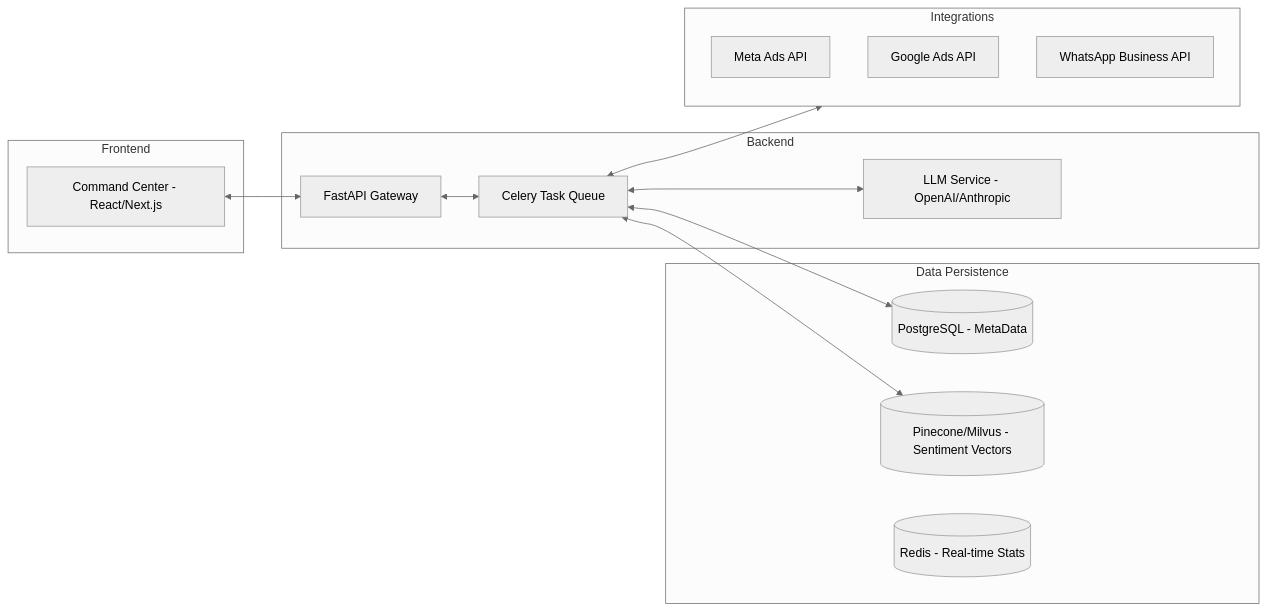
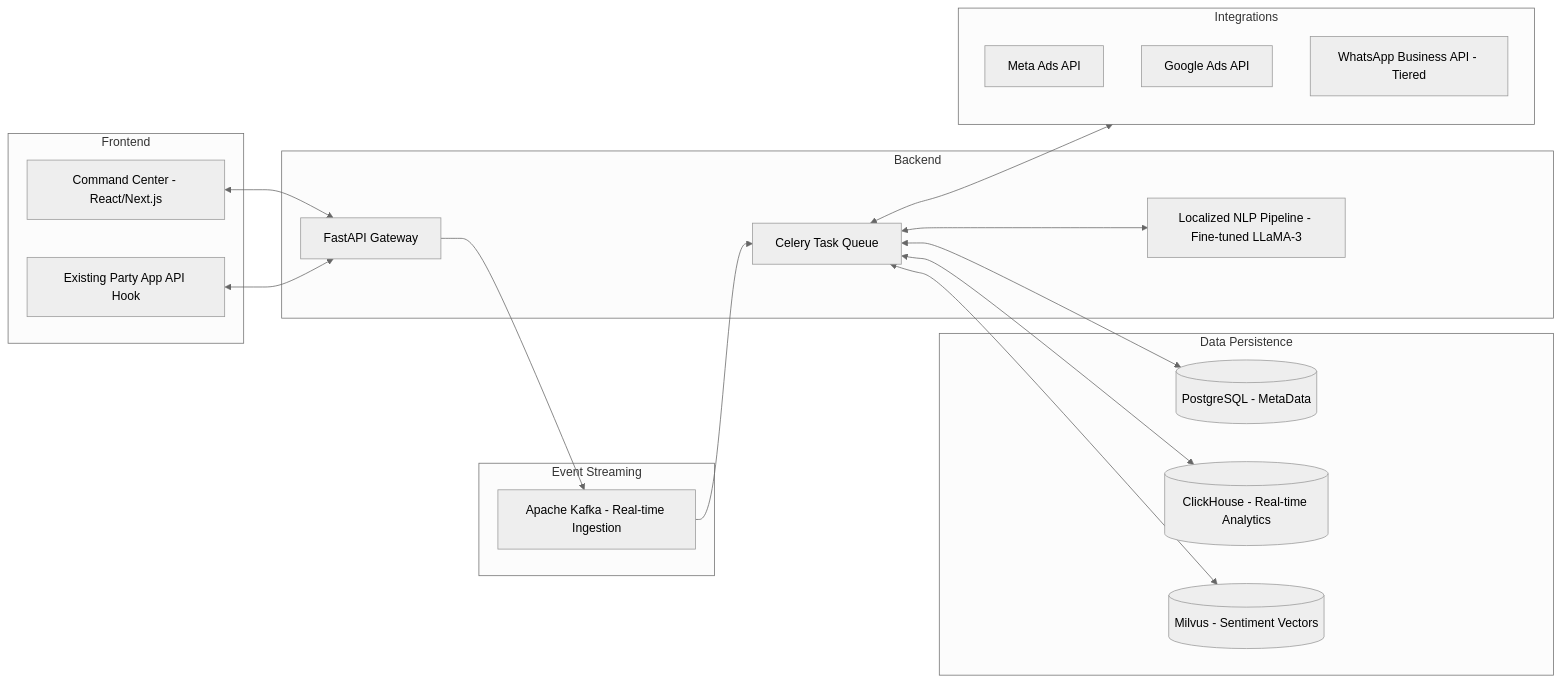
Before and after one commit to pramodcbabu/debaz: the diagram in nethra/docs/technical_specs.md, drawn with Mermaid (neutral theme). The commit also changed other lines of this file and 4 other files, not shown here.

````diff
--- a/nethra/docs/technical_specs.md
+++ b/nethra/docs/technical_specs.md
@@ -6,31 +6,38 @@
 ```mermaid
 graph LR
     subgraph Frontend
         UI[Command Center - React/Next.js]
+        PartyApp[Existing Party App API Hook]
+    end
+    
+    subgraph Event Streaming
+        Kafka[Apache Kafka - Real-time Ingestion]
     end
     
     subgraph Backend
         API[FastAPI Gateway]
         Worker[Celery Task Queue]
-        LLM[LLM Service - OpenAI/Anthropic]
+        LLM[Localized NLP Pipeline - Fine-tuned LLaMA-3]
     end
     
     subgraph Data Persistence
         DB[(PostgreSQL - MetaData)]
-        Vector[(Pinecone/Milvus - Sentiment Vectors)]
-        Cache[(Redis - Real-time Stats)]
+        OLAP[(ClickHouse - Real-time Analytics)]
+        Vector[(Milvus - Sentiment Vectors)]
     end
     
     subgraph Integrations
         Meta[Meta Ads API]
         Google[Google Ads API]
-        WA[WhatsApp Business API]
+        WA[WhatsApp Business API - Tiered]
     end
 
-    UI <--> API
-    API <--> Worker
+    UI & PartyApp <--> API
+    API --> Kafka
+    Kafka --> Worker
     Worker <--> DB
+    Worker <--> OLAP
     Worker <--> LLM
     Worker <--> Vector
     Worker <--> Integrations
 ```
````
